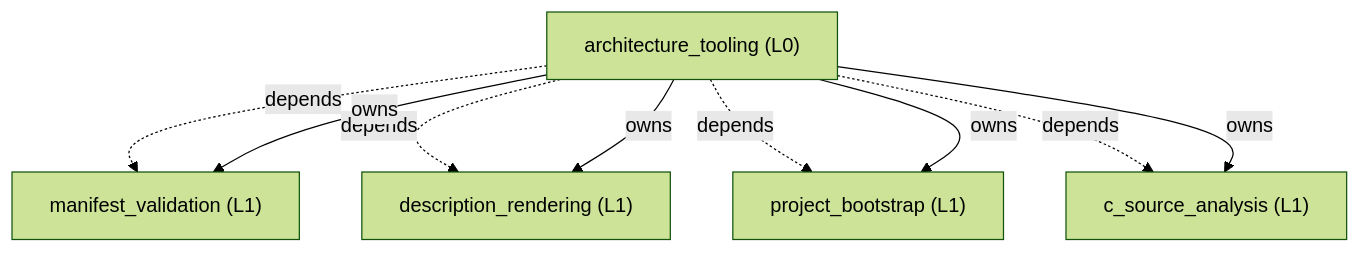
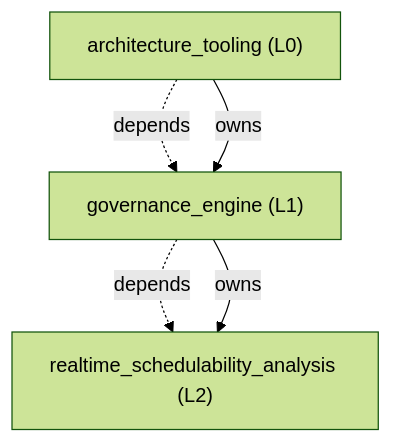
Before and after one commit to ShinWeiPeng/skills: the diagram in plugins/governed-engineering-skills/skills/govern-modular-event-architecture/architecture/ARCHITECTURE.md, drawn with Mermaid (forest theme). The commit also changed other lines of this file and 117 other files, not shown here.

````diff
--- a/plugins/governed-engineering-skills/skills/govern-modular-event-architecture/architecture/ARCHITECTURE.md
+++ b/plugins/governed-engineering-skills/skills/govern-modular-event-architecture/architecture/ARCHITECTURE.md
@@ -10,16 +10,10 @@
 ```mermaid
 flowchart TD
     n_architecture_tooling["architecture_tooling (L0)"]
-    n_manifest_validation["manifest_validation (L1)"]
-    n_description_rendering["description_rendering (L1)"]
-    n_project_bootstrap["project_bootstrap (L1)"]
-    n_c_source_analysis["c_source_analysis (L1)"]
-    n_architecture_tooling -.->|depends| n_manifest_validation
-    n_architecture_tooling -.->|depends| n_description_rendering
-    n_architecture_tooling -.->|depends| n_project_bootstrap
-    n_architecture_tooling -.->|depends| n_c_source_analysis
-    n_architecture_tooling -->|owns| n_manifest_validation
-    n_architecture_tooling -->|owns| n_description_rendering
-    n_architecture_tooling -->|owns| n_project_bootstrap
-    n_architecture_tooling -->|owns| n_c_source_analysis
+    n_governance_engine["governance_engine (L1)"]
+    n_realtime_schedulability_analysis["realtime_schedulability_analysis (L2)"]
+    n_architecture_tooling -.->|depends| n_governance_engine
+    n_architecture_tooling -->|owns| n_governance_engine
+    n_governance_engine -.->|depends| n_realtime_schedulability_analysis
+    n_governance_engine -->|owns| n_realtime_schedulability_analysis
 ```
````
